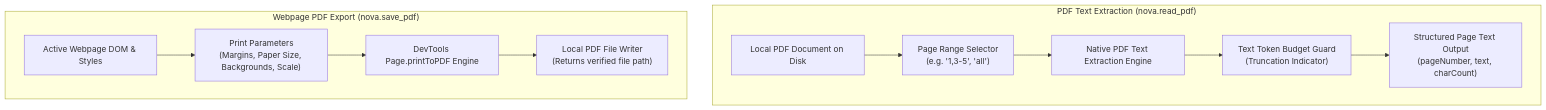
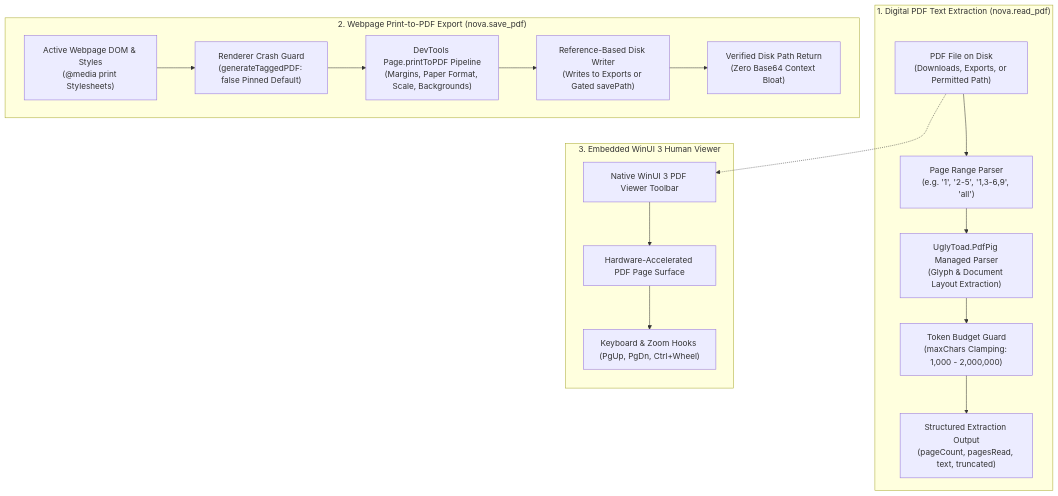
The first of 2 diagrams in docs/core-features/media-intelligence/pdf/README.md (joelaniol/nova), drawn with Mermaid before and after one commit. The commit also changed other lines of this file and 11 other files, not shown here.

Commit message:
docs(media-intelligence): expand architectural reference with Outrider boundary, WMF decoding, crash guards, and permission provenance

````diff
--- a/docs/core-features/media-intelligence/pdf/README.md
+++ b/docs/core-features/media-intelligence/pdf/README.md
@@ -5,20 +7,28 @@
 ```mermaid
 flowchart TD
-    subgraph ReadPath["PDF Text Extraction (nova.read_pdf)"]
-        LocalPDF["Local PDF Document on Disk"]
-        RangeFilter["Page Range Selector\n(e.g. '1,3-5', 'all')"]
-        Parser["Native PDF Text Extraction Engine"]
-        BudgetGuard["Text Token Budget Guard\n(Truncation Indicator)"]
-        ExtractedText["Structured Page Text Output\n(pageNumber, text, charCount)"]
+    subgraph ReadPath["1. Digital PDF Text Extraction (nova.read_pdf)"]
+        LocalFile["PDF File on Disk\n(Downloads, Exports, or Permitted Path)"]
+        RangeFilter["Page Range Parser\n(e.g. '1', '2-5', '1,3-6,9', 'all')"]
+        PdfPigParser["UglyToad.PdfPig Managed Parser\n(Glyph & Document Layout Extraction)"]
+        TokenBudget["Token Budget Guard\n(maxChars Clamping: 1,000 - 2,000,000)"]
+        StructuredText["Structured Extraction Output\n(pageCount, pagesRead, text, truncated)"]
     end
 
-    subgraph SavePath["Webpage PDF Export (nova.save_pdf)"]
-        ActivePage["Active Webpage DOM & Styles"]
-        PrintEngine["DevTools Page.printToPDF Engine"]
-        PrintOptions["Print Parameters\n(Margins, Paper Size, Backgrounds, Scale)"]
-        DiskWriter["Local PDF File Writer\n(Returns verified file path)"]
+    subgraph SavePath["2. Webpage Print-to-PDF Export (nova.save_pdf)"]
+        ActiveDOM["Active Webpage DOM & Styles\n(@media print Stylesheets)"]
+        CrashGuard["Renderer Crash Guard\n(generateTaggedPDF: false Pinned Default)"]
+        CDPPrint["DevTools Page.printToPDF Pipeline\n(Margins, Paper Format, Scale, Backgrounds)"]
+        DiskWriter["Reference-Based Disk Writer\n(Writes to Exports or Gated savePath)"]
+        PathResult["Verified Disk Path Return\n(Zero Base64 Context Bloat)"]
     end
 
-    LocalPDF --> RangeFilter --> Parser --> BudgetGuard --> ExtractedText
-    ActivePage --> PrintOptions --> PrintEngine --> DiskWriter
+    subgraph ViewerPath["3. Embedded WinUI 3 Human Viewer"]
+        NativeViewer["Native WinUI 3 PDF Viewer Toolbar"]
+        RenderSurface["Hardware-Accelerated PDF Page Surface"]
+        KeyHook["Keyboard & Zoom Hooks (PgUp, PgDn, Ctrl+Wheel)"]
+    end
+
+    LocalFile --> RangeFilter --> PdfPigParser --> TokenBudget --> StructuredText
+    ActiveDOM --> CrashGuard --> CDPPrint --> DiskWriter --> PathResult
+    LocalFile -.-> NativeViewer --> RenderSurface --> KeyHook
 ```
````
